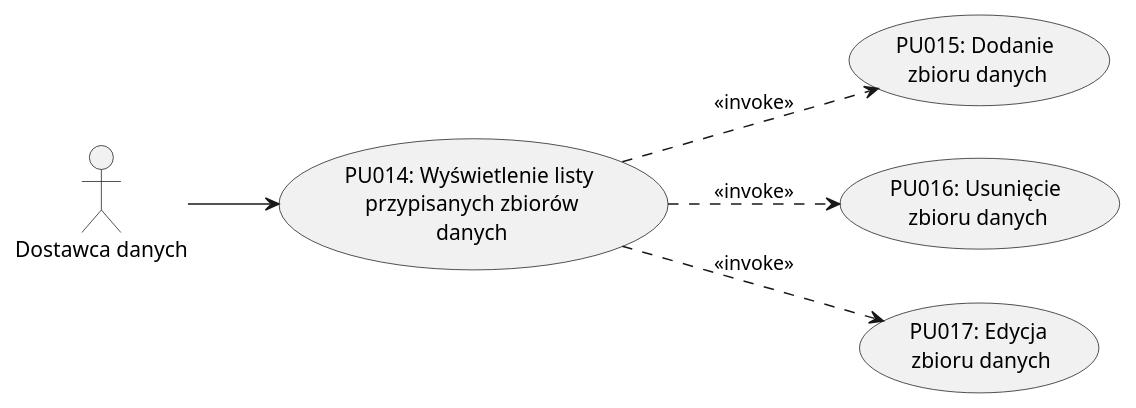
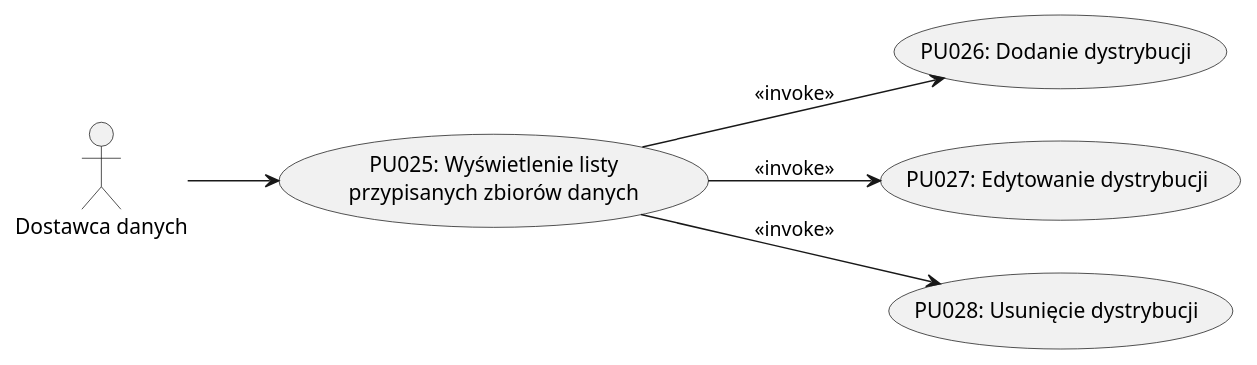
Before and after one commit to kokolodziejska/IWO: the diagram in 4. Diagramy Przypadkow/DostawcaDanych.puml, drawn with PlantUML. The commit also changed 5 other files, not shown here.

Commit message:
Aktualizowano diagramy przypadkow uzycia systemu

```diff
--- a/4. Diagramy Przypadkow/DostawcaDanych.puml
+++ b/4. Diagramy Przypadkow/DostawcaDanych.puml
@@ -1,16 +1,17 @@
 @startuml DostawcaDanych
 left to right direction
 
 actor "Dostawca danych" as Provider
 
-usecase "PU014: Wyświetlenie listy\n przypisanych zbiorów\n danych" as UC1
-usecase "PU015: Dodanie\n zbioru danych" as UC2
-usecase "PU016: Usunięcie\n zbioru danych" as UC3
-usecase "PU017: Edycja\n zbioru danych" as UC4
+usecase "PU025: Wyświetlenie listy\nprzypisanych zbiorów danych" as PU025
+usecase "PU026: Dodanie dystrybucji" as PU026
+usecase "PU027: Edytowanie dystrybucji" as PU027
+usecase "PU028: Usunięcie dystrybucji" as PU028
 
-Provider --> UC1
-UC1 ..> UC2 : <<invoke>>
-UC1 ..> UC3 : <<invoke>>
-UC1 ..> UC4 : <<invoke>>
+Provider --> PU025
+
+PU025 --> PU026 : <<invoke>>
+PU025 --> PU027 : <<invoke>>
+PU025 --> PU028 : <<invoke>>
 
 @enduml
```
